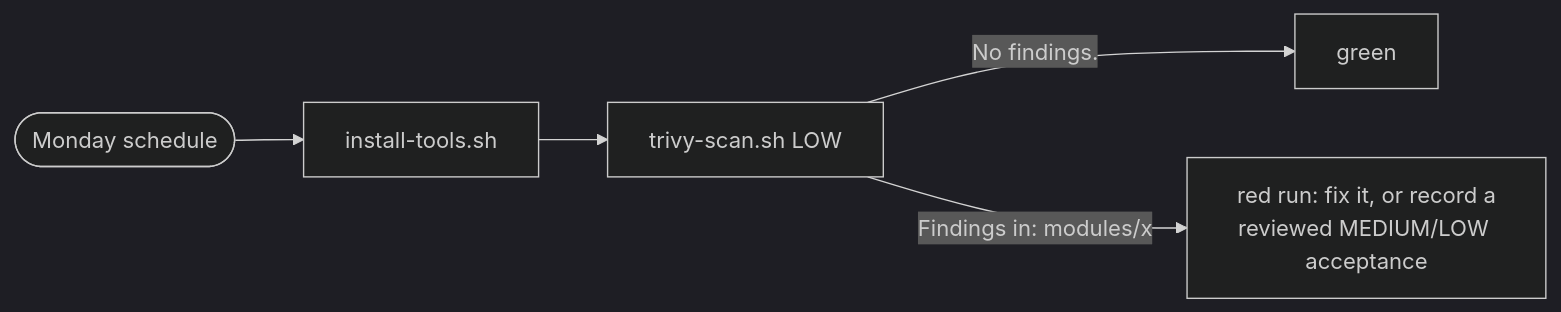
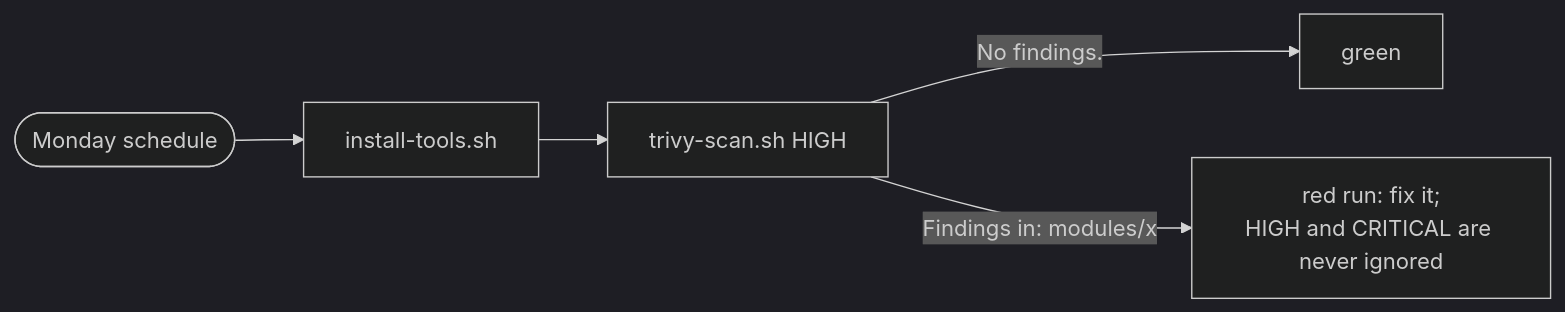
The fifth of 8 diagrams in docs/scripts.md (hamzaelouham/terraform-azurerm-modules), drawn with Mermaid (dark theme) before and after one commit. The commit also changed other lines of this file and 8 other files, not shown here.

First line of the commit message:
fix: run the weekly trivy scan at high and critical

````diff
--- a/docs/scripts.md
+++ b/docs/scripts.md
@@ -123,6 +123,6 @@
 ```mermaid
 flowchart LR
-  s(["Monday schedule"]) --> t["install-tools.sh"] --> l["trivy-scan.sh LOW"]
+  s(["Monday schedule"]) --> t["install-tools.sh"] --> l["trivy-scan.sh HIGH"]
   l -- "No findings." --> ok["green"]
-  l -- "Findings in: modules/x" --> red["red run: fix it, or record a<br/>reviewed MEDIUM/LOW acceptance"]
+  l -- "Findings in: modules/x" --> red["red run: fix it;<br/>HIGH and CRITICAL are never ignored"]
 ```
````
